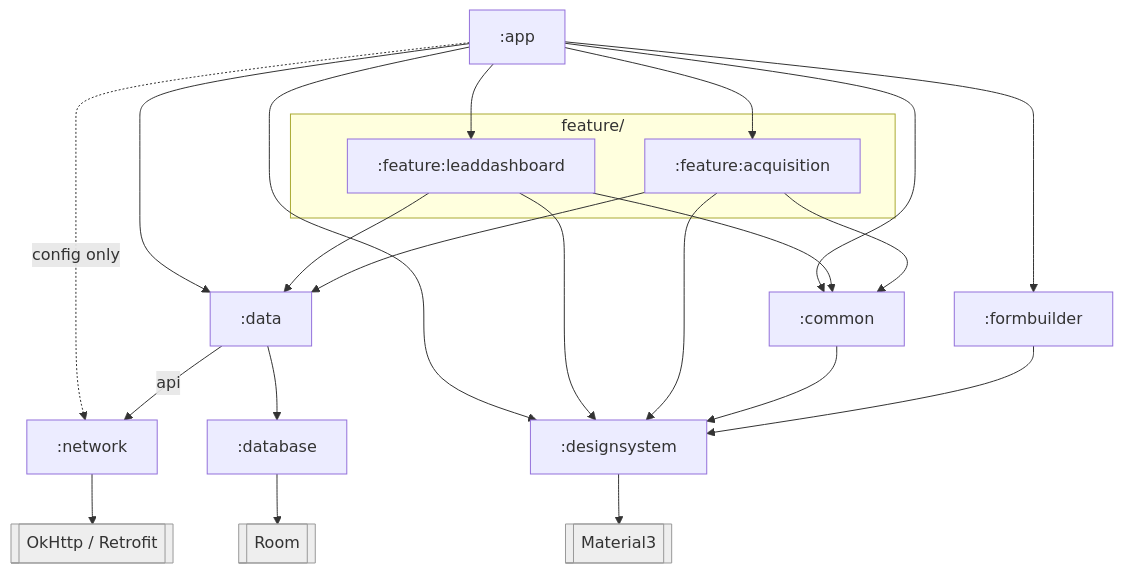
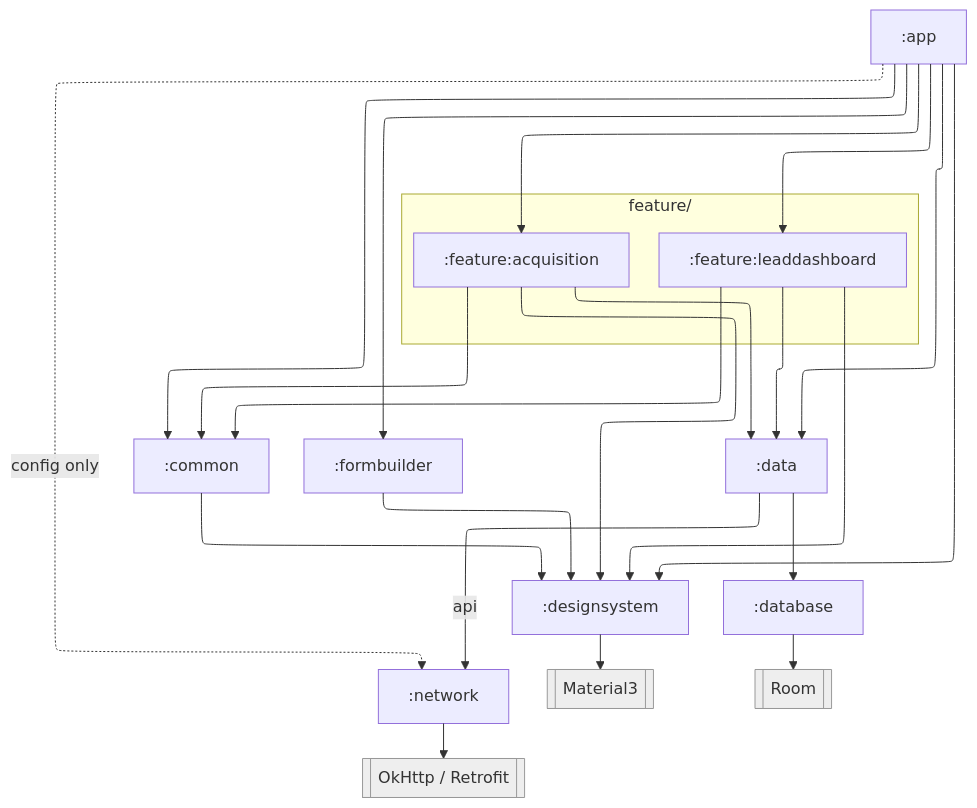
Before and after one commit to touhidabiir/ComposeForm: the diagram in docs/module-graph.mmd, drawn with Mermaid. The commit also changed 1 other file, not shown here.

Commit message:
Pin layout: elk in the diagram sources so any Mermaid 11+ editor matches
The right-angle connectors in the committed PNGs came from Mermaid 12
defaulting to the ELK layout engine - the source never asked for it,
so pasting it into an editor still on Mermaid 11 (e.g. the live
editor) fell back to dagre and drew curves. Declare layout: elk in
frontmatter explicitly; verified both files render with right-angle
connectors under Mermaid 11.17.

Claude-Session: https://claude.ai/code/session_01P6YNUgzhj2tUoaKap3onSf

```diff
--- a/docs/module-graph.mmd
+++ b/docs/module-graph.mmd
@@ -1,37 +1,42 @@
+---
+config:
+  layout: elk
+---
 %% Source for docs/module-graph.png, shown in README.md (Gradle module paths).
 %% docs/architecture-diagram.mmd is the same graph in the architecture docx's own vocabulary.
-%% Regenerate with the latest Mermaid CLI (rendered with Mermaid 12, which draws right-angle
-%% connectors - GitHub's built-in Mermaid draws this same source with curved lines):
+%% `layout: elk` above is what gives the right-angle connectors - without it Mermaid's default
+%% dagre layout draws curves. Needs Mermaid 11+ (e.g. the live editor); GitHub's built-in
+%% Mermaid isn't guaranteed to honour it, which is why README.md embeds the rendered PNG. Regenerate with:
 %%   npx -p @mermaid-js/mermaid-cli mmdc -i docs/module-graph.mmd -o docs/module-graph.png -s 2 -b white
 flowchart TD
     app[":app"]
 
     subgraph features["feature/"]
         lead[":feature:leaddashboard"]
         acq[":feature:acquisition"]
     end
 
     common[":common"]
     ds[":designsystem"]
     fb[":formbuilder"]
     data[":data"]
     net[":network"]
     db[":database"]
 
     m3[["Material3"]]
     sq[["OkHttp / Retrofit"]]
     room[["Room"]]
 
     app --> lead & acq & common & ds & fb & data
     app -. config only .-> net
     lead & acq --> data & ds & common
     common --> ds
     fb --> ds
     data -- api --> net
     data --> db
     ds --> m3
     net --> sq
     db --> room
 
     classDef external fill:#eee,stroke:#999,color:#333
     class m3,sq,room external
```
